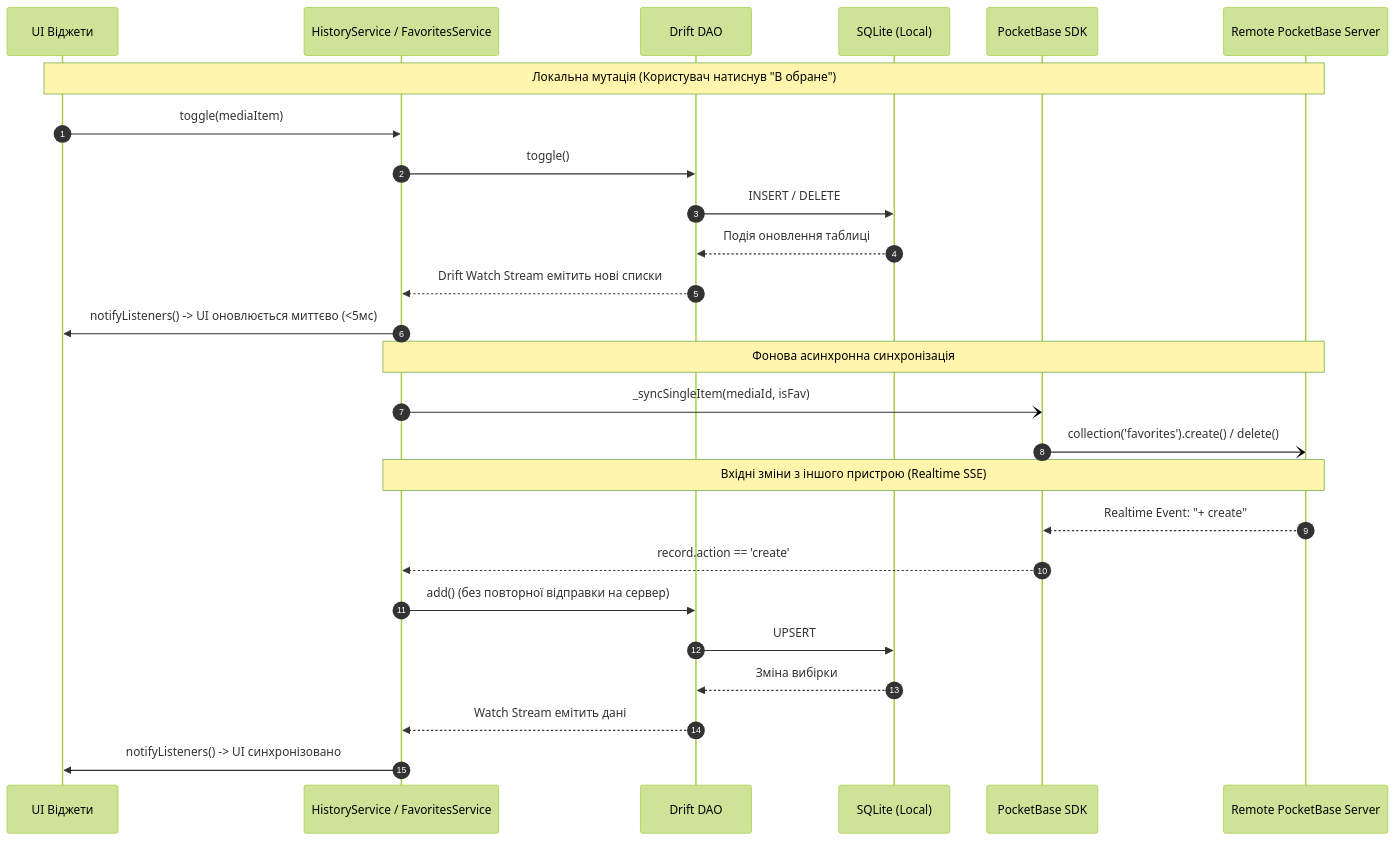
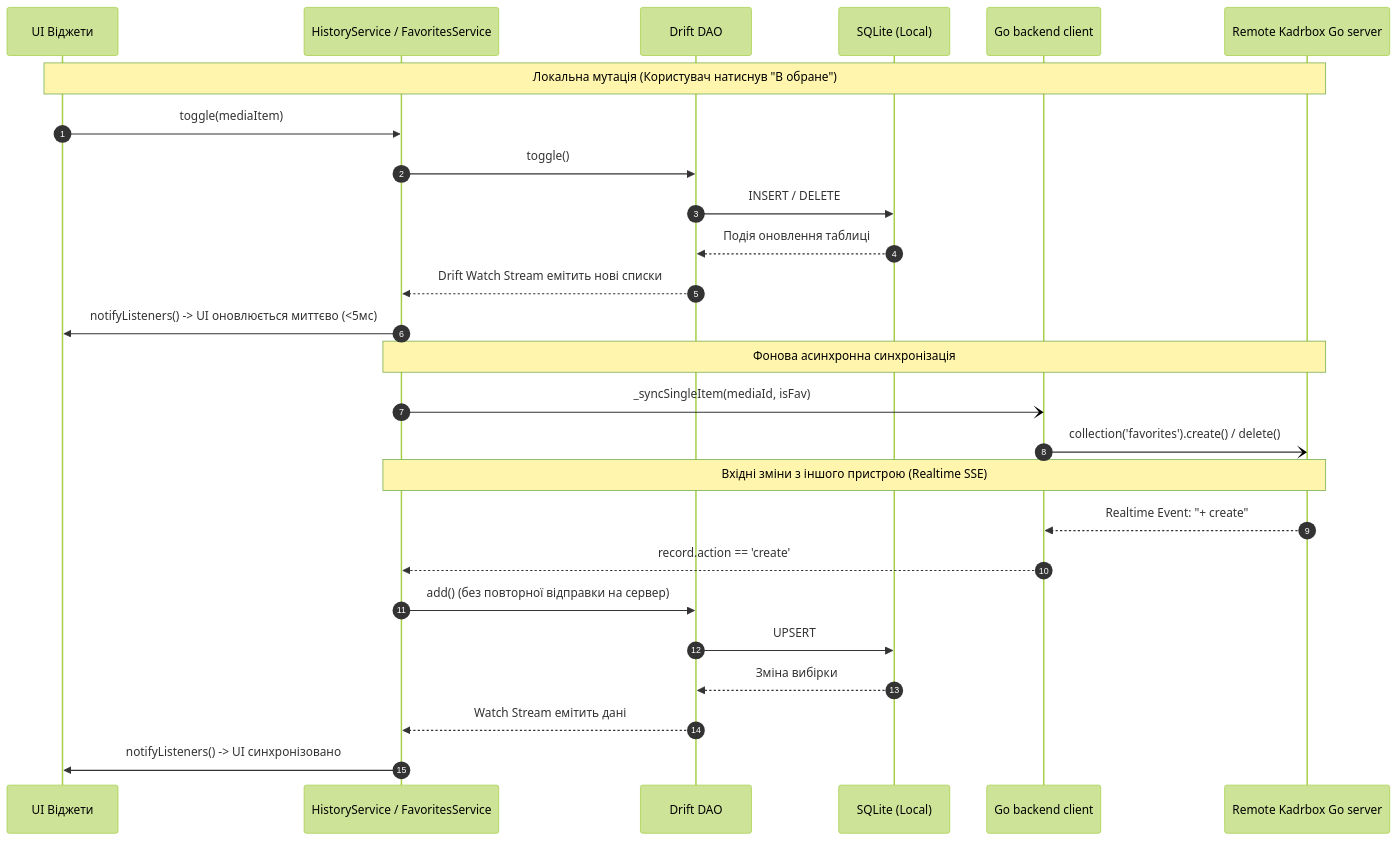
Before and after one commit to edhases/kadrbox: the tenth of 11 diagrams in docs/05_STATE_MANAGEMENT_AND_WORKFLOWS.md, drawn with Mermaid (forest theme). The commit also changed other lines of this file and 17 other files, not shown here.

````diff
--- a/docs/05_STATE_MANAGEMENT_AND_WORKFLOWS.md
+++ b/docs/05_STATE_MANAGEMENT_AND_WORKFLOWS.md
@@ -572,31 +561,31 @@
 ```mermaid
 sequenceDiagram
     autonumber
     participant UI as UI Віджети
     participant Svc as HistoryService / FavoritesService
     participant DAO as Drift DAO
     participant DB as SQLite (Local)
-    participant PB as PocketBase SDK
-    participant Cloud as Remote PocketBase Server
+    participant PB as Go backend client
+    participant Cloud as Remote Kadrbox Go server
 
     Note over UI,Cloud: Локальна мутація (Користувач натиснув "В обране")
     UI->>Svc: toggle(mediaItem)
     Svc->>DAO: toggle()
     DAO->>DB: INSERT / DELETE
     DB-->>DAO: Подія оновлення таблиці
     DAO-->>Svc: Drift Watch Stream емітить нові списки
     Svc->>UI: notifyListeners() -> UI оновлюється миттєво (<5мс)
 
     Note over Svc,Cloud: Фонова асинхронна синхронізація
     Svc-)PB: _syncSingleItem(mediaId, isFav)
     PB-)Cloud: collection('favorites').create() / delete()
 
     Note over Svc,Cloud: Вхідні зміни з іншого пристрою (Realtime SSE)
     Cloud-->>PB: Realtime Event: "+ create"
     PB-->>Svc: record.action == 'create'
     Svc->>DAO: add() (без повторної відправки на сервер)
     DAO->>DB: UPSERT
     DB-->>DAO: Зміна вибірки
     DAO-->>Svc: Watch Stream емітить дані
     Svc->>UI: notifyListeners() -> UI синхронізовано
 ```
````
